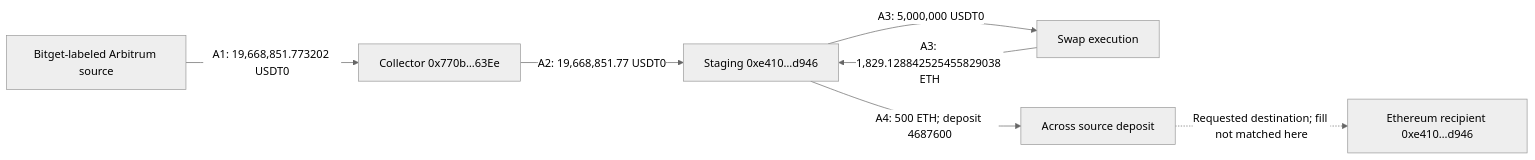
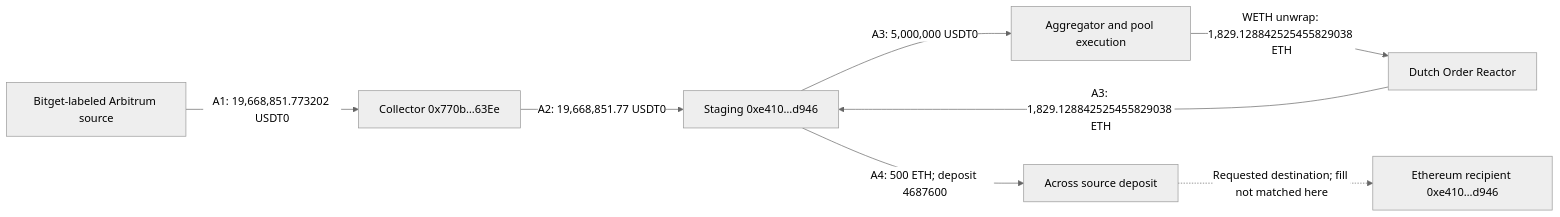
One commit to DenizErginGunduz/bitget-incident-case-study changed the diagram in README.md. Above: the diagram before and after it, drawn with Mermaid (neutral theme). The commit also changed other lines of this file and 20 other files, not shown here.

Commit message:
Preserve source evidence and tighten sampled flow analysis

````diff
--- a/README.md
+++ b/README.md
@@ -35,9 +35,10 @@
 ```mermaid
 flowchart LR
     B["Bitget-labeled Arbitrum source"] -->|"A1: 19,668,851.773202 USDT0"| C["Collector 0x770b…63Ee"]
     C -->|"A2: 19,668,851.77 USDT0"| S["Staging 0xe410…d946"]
-    S -->|"A3: 5,000,000 USDT0"| D["Swap execution"]
-    D -->|"A3: 1,829.128842525455829038 ETH"| S
+    S -->|"A3: 5,000,000 USDT0"| D["Aggregator and pool execution"]
+    D -->|"WETH unwrap: 1,829.128842525455829038 ETH"| R["Dutch Order Reactor"]
+    R -->|"A3: 1,829.128842525455829038 ETH"| S
     S -->|"A4: 500 ETH; deposit 4687600"| BR["Across source deposit"]
     BR -.->|"Requested destination; fill not matched here"| E["Ethereum recipient 0xe410…d946"]
 ```
````
